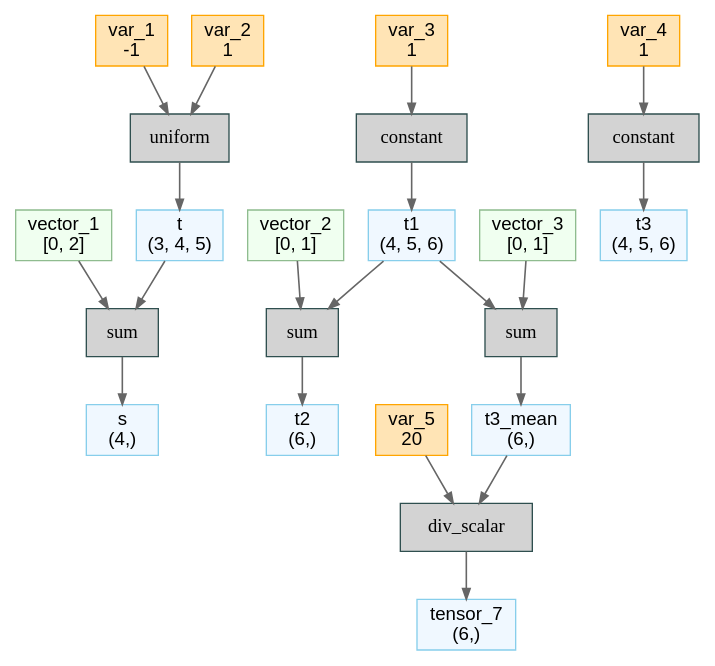
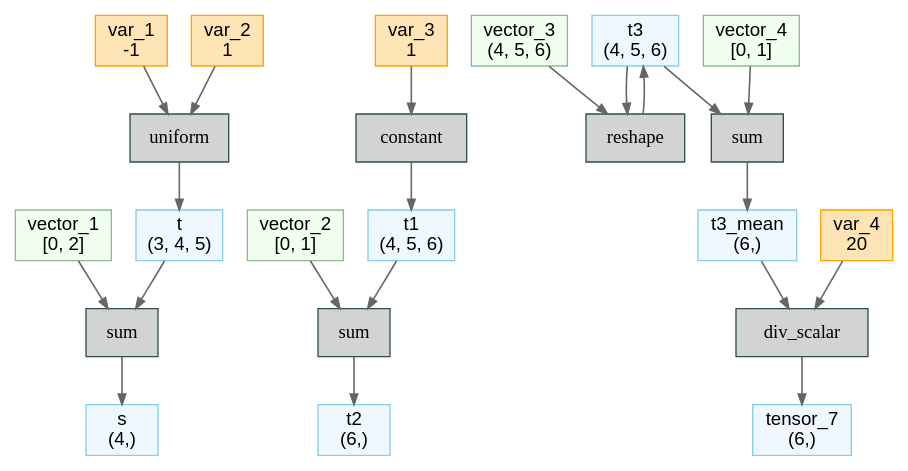
Before and after one commit to zhaziqwe/deepx: the diagram in front/py/examples/2_ir/sum.dot, drawn with Graphviz. The commit also changed 13 other files, not shown here.

```diff
--- a/front/py/examples/2_ir/sum.dot
+++ b/front/py/examples/2_ir/sum.dot
@@ -1,61 +1,62 @@
 // Computational Graph
 digraph {
 	rankdir=TB
 	node [shape=record]
-	130244339246288 [label="t
+	125376883041488 [label="t
 (3, 4, 5)" color=skyblue fillcolor=aliceblue fontname="Sans-Serif" labeljust=l shape=box style=filled]
-	130244339240384 [label="var_1
+	125376883035584 [label="var_1
 -1" color=orange fillcolor=moccasin fontname="Sans-Serif" labeljust=l shape=box style=filled]
-	130244339245136 [label="var_2
+	125376883040384 [label="var_2
 1" color=orange fillcolor=moccasin fontname="Sans-Serif" labeljust=l shape=box style=filled]
-	130244339239376 [label=uniform color=darkslategray fillcolor=lightgray fontname="Courier Bold" labeljust=l shape=box style=filled]
-	130244339969440 [label="s
+	125376883034576 [label=uniform color=darkslategray fillcolor=lightgray fontname="Courier Bold" labeljust=l shape=box style=filled]
+	125376883537808 [label="s
 (4,)" color=skyblue fillcolor=aliceblue fontname="Sans-Serif" labeljust=l shape=box style=filled]
-	130244339969680 [label="vector_1
+	125376883538048 [label="vector_1
 [0, 2]" color=darkseagreen fillcolor=honeydew fontname="Sans-Serif" labeljust=l shape=box style=filled]
-	130244339970112 [label=sum color=darkslategray fillcolor=lightgray fontname="Courier Bold" labeljust=l shape=box style=filled]
-	130244339970064 [label="t1
+	125376883538480 [label=sum color=darkslategray fillcolor=lightgray fontname="Courier Bold" labeljust=l shape=box style=filled]
+	125376883538432 [label="t1
 (4, 5, 6)" color=skyblue fillcolor=aliceblue fontname="Sans-Serif" labeljust=l shape=box style=filled]
-	130244339970448 [label=constant color=darkslategray fillcolor=lightgray fontname="Courier Bold" labeljust=l shape=box style=filled]
-	130244339970400 [label="var_3
+	125376883538816 [label=constant color=darkslategray fillcolor=lightgray fontname="Courier Bold" labeljust=l shape=box style=filled]
+	125376883538768 [label="var_3
 1" color=orange fillcolor=moccasin fontname="Sans-Serif" labeljust=l shape=box style=filled]
-	130244339970544 [label="t2
+	125376883538912 [label="t2
 (6,)" color=skyblue fillcolor=aliceblue fontname="Sans-Serif" labeljust=l shape=box style=filled]
-	130244339970832 [label="vector_2
+	125376883539200 [label="vector_2
 [0, 1]" color=darkseagreen fillcolor=honeydew fontname="Sans-Serif" labeljust=l shape=box style=filled]
-	130244339970928 [label=sum color=darkslategray fillcolor=lightgray fontname="Courier Bold" labeljust=l shape=box style=filled]
-	130244339970880 [label="t3
+	125376883539296 [label=sum color=darkslategray fillcolor=lightgray fontname="Courier Bold" labeljust=l shape=box style=filled]
+	125376883539248 [label="t3
 (4, 5, 6)" color=skyblue fillcolor=aliceblue fontname="Sans-Serif" labeljust=l shape=box style=filled]
-	130244339971264 [label=constant color=darkslategray fillcolor=lightgray fontname="Courier Bold" labeljust=l shape=box style=filled]
-	130244339971216 [label="var_4
-1" color=orange fillcolor=moccasin fontname="Sans-Serif" labeljust=l shape=box style=filled]
-	130244339971408 [label="t3_mean
+	125376883539536 [label=reshape color=darkslategray fillcolor=lightgray fontname="Courier Bold" labeljust=l shape=box style=filled]
+	125376883539488 [label="vector_3
+(4, 5, 6)" color=darkseagreen fillcolor=honeydew fontname="Sans-Serif" labeljust=l shape=box style=filled]
+	125376883539776 [label="t3_mean
 (6,)" color=skyblue fillcolor=aliceblue fontname="Sans-Serif" labeljust=l shape=box style=filled]
-	130244339971696 [label="vector_3
+	125376883753072 [label="vector_4
 [0, 1]" color=darkseagreen fillcolor=honeydew fontname="Sans-Serif" labeljust=l shape=box style=filled]
-	130244339971792 [label=sum color=darkslategray fillcolor=lightgray fontname="Courier Bold" labeljust=l shape=box style=filled]
-	130244339972032 [label="tensor_7
+	125376883753168 [label=sum color=darkslategray fillcolor=lightgray fontname="Courier Bold" labeljust=l shape=box style=filled]
+	125376883753408 [label="tensor_7
 (6,)" color=skyblue fillcolor=aliceblue fontname="Sans-Serif" labeljust=l shape=box style=filled]
-	130244339972128 [label=div_scalar color=darkslategray fillcolor=lightgray fontname="Courier Bold" labeljust=l shape=box style=filled]
-	130244339972080 [label="var_5
+	125376883753504 [label=div_scalar color=darkslategray fillcolor=lightgray fontname="Courier Bold" labeljust=l shape=box style=filled]
+	125376883753456 [label="var_4
 20" color=orange fillcolor=moccasin fontname="Sans-Serif" labeljust=l shape=box style=filled]
-	130244339239376 -> 130244339246288 [arrowsize=0.8 color=gray40 penwidth=1.2]
-	130244339240384 -> 130244339239376 [arrowsize=0.8 color=gray40 penwidth=1.2]
-	130244339245136 -> 130244339239376 [arrowsize=0.8 color=gray40 penwidth=1.2]
-	130244339970112 -> 130244339969440 [arrowsize=0.8 color=gray40 penwidth=1.2]
-	130244339246288 -> 130244339970112 [arrowsize=0.8 color=gray40 penwidth=1.2]
-	130244339969680 -> 130244339970112 [arrowsize=0.8 color=gray40 penwidth=1.2]
-	130244339970448 -> 130244339970064 [arrowsize=0.8 color=gray40 penwidth=1.2]
-	130244339970400 -> 130244339970448 [arrowsize=0.8 color=gray40 penwidth=1.2]
-	130244339970928 -> 130244339970544 [arrowsize=0.8 color=gray40 penwidth=1.2]
-	130244339970064 -> 130244339970928 [arrowsize=0.8 color=gray40 penwidth=1.2]
-	130244339970832 -> 130244339970928 [arrowsize=0.8 color=gray40 penwidth=1.2]
-	130244339971264 -> 130244339970880 [arrowsize=0.8 color=gray40 penwidth=1.2]
-	130244339971216 -> 130244339971264 [arrowsize=0.8 color=gray40 penwidth=1.2]
-	130244339971792 -> 130244339971408 [arrowsize=0.8 color=gray40 penwidth=1.2]
-	130244339970064 -> 130244339971792 [arrowsize=0.8 color=gray40 penwidth=1.2]
-	130244339971696 -> 130244339971792 [arrowsize=0.8 color=gray40 penwidth=1.2]
-	130244339972128 -> 130244339972032 [arrowsize=0.8 color=gray40 penwidth=1.2]
-	130244339971408 -> 130244339972128 [arrowsize=0.8 color=gray40 penwidth=1.2]
-	130244339972080 -> 130244339972128 [arrowsize=0.8 color=gray40 penwidth=1.2]
+	125376883034576 -> 125376883041488 [arrowsize=0.8 color=gray40 penwidth=1.2]
+	125376883035584 -> 125376883034576 [arrowsize=0.8 color=gray40 penwidth=1.2]
+	125376883040384 -> 125376883034576 [arrowsize=0.8 color=gray40 penwidth=1.2]
+	125376883538480 -> 125376883537808 [arrowsize=0.8 color=gray40 penwidth=1.2]
+	125376883041488 -> 125376883538480 [arrowsize=0.8 color=gray40 penwidth=1.2]
+	125376883538048 -> 125376883538480 [arrowsize=0.8 color=gray40 penwidth=1.2]
+	125376883538816 -> 125376883538432 [arrowsize=0.8 color=gray40 penwidth=1.2]
+	125376883538768 -> 125376883538816 [arrowsize=0.8 color=gray40 penwidth=1.2]
+	125376883539296 -> 125376883538912 [arrowsize=0.8 color=gray40 penwidth=1.2]
+	125376883538432 -> 125376883539296 [arrowsize=0.8 color=gray40 penwidth=1.2]
+	125376883539200 -> 125376883539296 [arrowsize=0.8 color=gray40 penwidth=1.2]
+	125376883539536 -> 125376883539248 [arrowsize=0.8 color=gray40 penwidth=1.2]
+	125376883539248 -> 125376883539536 [arrowsize=0.8 color=gray40 penwidth=1.2]
+	125376883539488 -> 125376883539536 [arrowsize=0.8 color=gray40 penwidth=1.2]
+	125376883753168 -> 125376883539776 [arrowsize=0.8 color=gray40 penwidth=1.2]
+	125376883539248 -> 125376883753168 [arrowsize=0.8 color=gray40 penwidth=1.2]
+	125376883753072 -> 125376883753168 [arrowsize=0.8 color=gray40 penwidth=1.2]
+	125376883753504 -> 125376883753408 [arrowsize=0.8 color=gray40 penwidth=1.2]
+	125376883539776 -> 125376883753504 [arrowsize=0.8 color=gray40 penwidth=1.2]
+	125376883753456 -> 125376883753504 [arrowsize=0.8 color=gray40 penwidth=1.2]
 }
```
